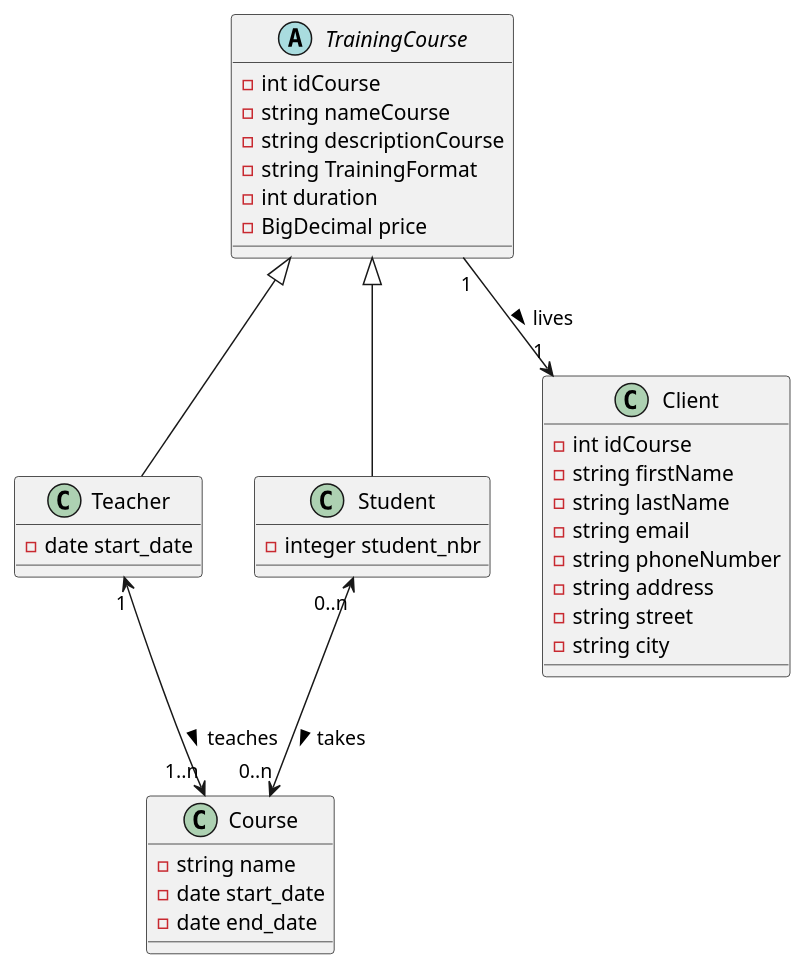
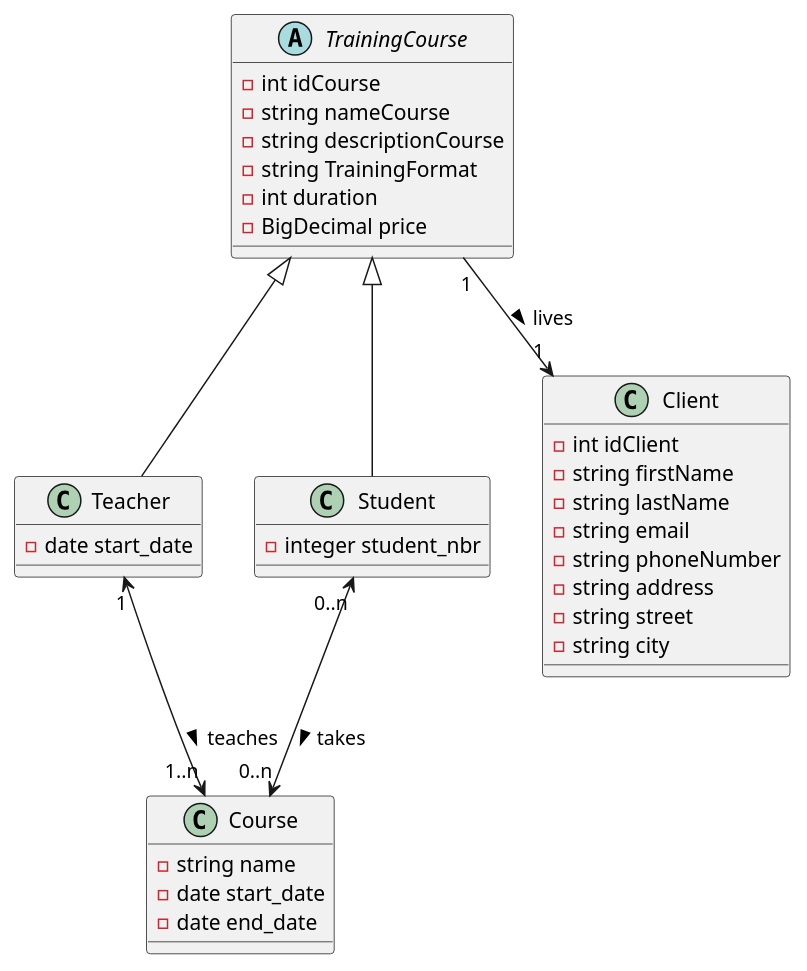
One commit to albanmartel/evaluation_metier_java changed the diagram in doc/uml/2-class/school-class.puml. Above: the diagram before and after it, drawn with PlantUML.

Commit message:
Mise à jour ajour du diagramme de classe de l'application Training Sales côté classe client

```diff
--- a/doc/uml/2-class/school-class.puml
+++ b/doc/uml/2-class/school-class.puml
@@ -1,54 +1,54 @@
 @startuml School
 
 abstract class TrainingCourse
 {
     -int idCourse
     -string nameCourse
     -string descriptionCourse
     -string TrainingFormat
     -int duration
     -BigDecimal price
 }
 
 class Teacher 
 {
     -date start_date
 }
 
 class Student
 {
     -integer student_nbr
 }
 
 class Client
 {
-    -int idCourse
+    -int idClient
 	-string firstName
     -string lastName
     -string email
     -string phoneNumber
     -string address
     -string street
     -string city
 }
  
 class Course
 {
     -string name
     -date start_date
     -date end_date
 } 
 
 
 TrainingCourse <|-- Student 
 
 TrainingCourse <|-- Teacher
 
 TrainingCourse "1" --> "1" Client : lives >
 
 Student "0..n" <--> "0..n" Course : takes >
 
 Course "1..n" <--u> "1" Teacher : teaches < 
 
 
 @enduml
```
